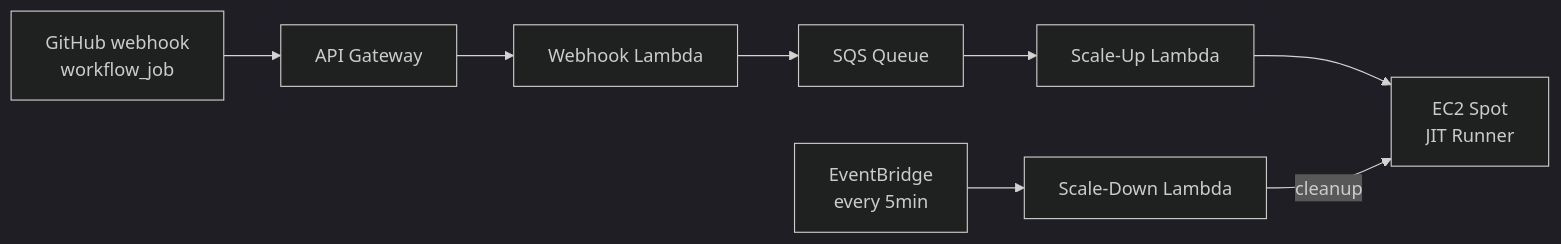
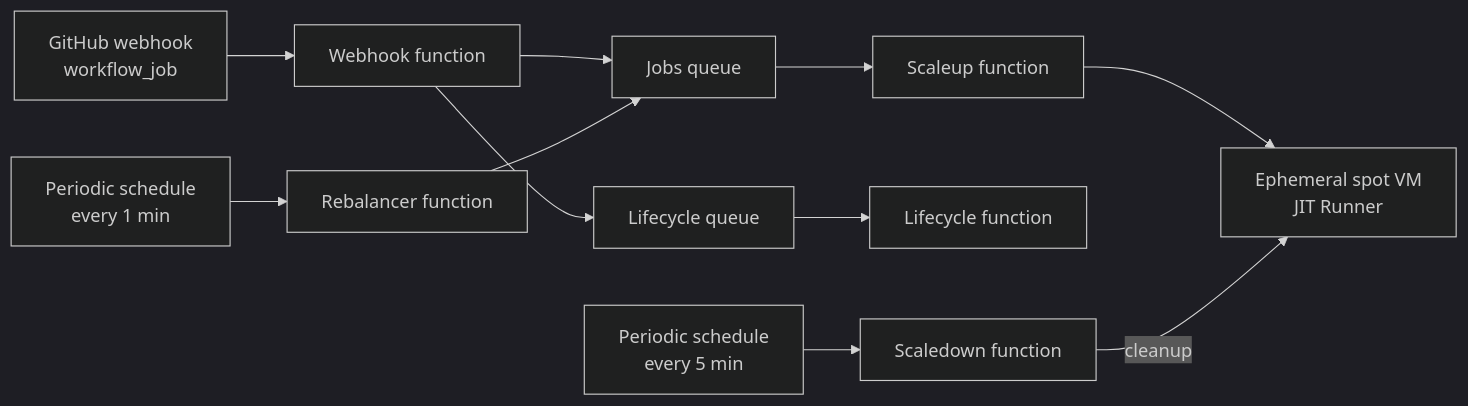
One commit to devopsfactory-io/jit-runners changed the diagram in CLAUDE.md. Above: the diagram before and after it, drawn with Mermaid (dark theme). The commit also changed other lines of this file and 133 other files, not shown here.

````diff
--- a/CLAUDE.md
+++ b/CLAUDE.md
@@ -62,10 +62,13 @@
 ```mermaid
 graph LR
-    A[GitHub webhook<br>workflow_job] --> B[API Gateway]
-    B --> C[Webhook Lambda]
-    C --> D[SQS Queue]
-    D --> E[Scale-Up Lambda]
-    E --> F[EC2 Spot<br>JIT Runner]
-    G[EventBridge<br>every 5min] --> H[Scale-Down Lambda]
-    H -->|cleanup| F
+    A[GitHub webhook<br>workflow_job] --> B[Webhook function]
+    B --> C[Jobs queue]
+    C --> D[Scaleup function]
+    D --> E[Ephemeral spot VM<br>JIT Runner]
+    B --> F[Lifecycle queue]
+    F --> G[Lifecycle function]
+    H[Periodic schedule<br>every 5 min] --> I[Scaledown function]
+    J[Periodic schedule<br>every 1 min] --> K[Rebalancer function]
+    K --> C
+    I -->|cleanup| E
 ```
````
